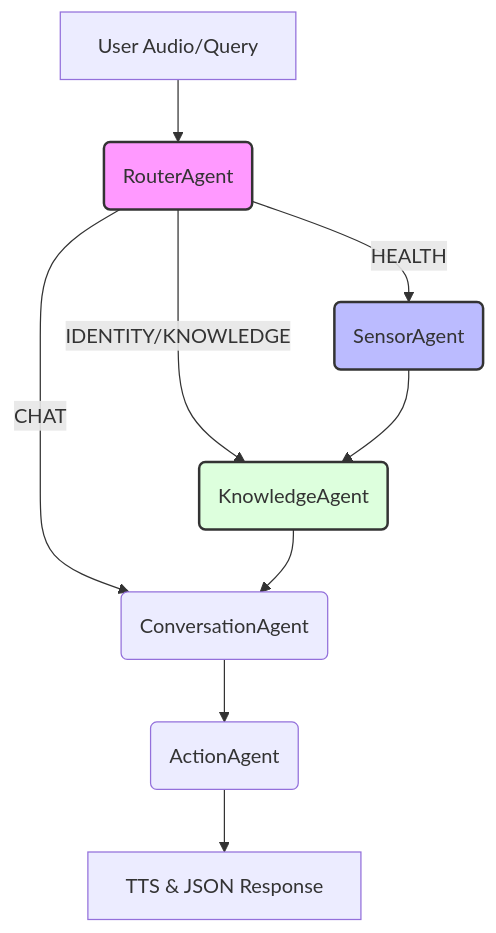
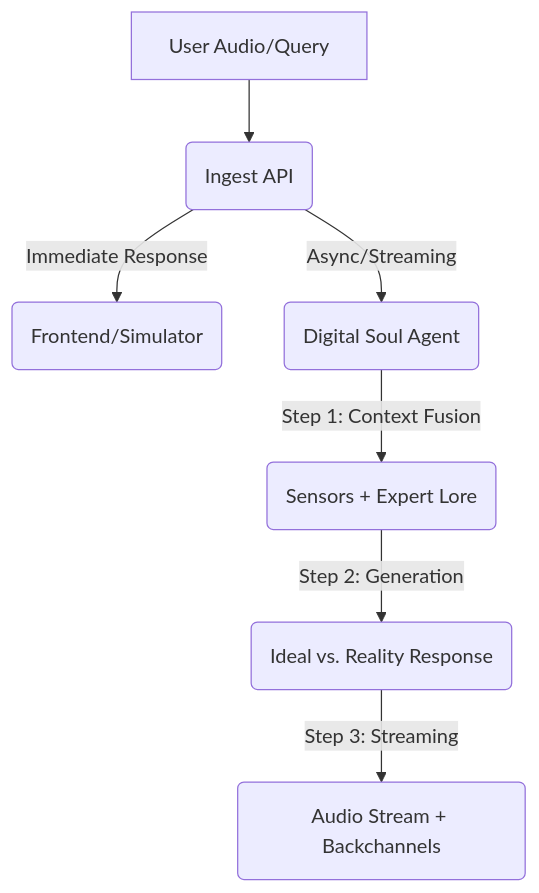
The diagram in README.md (ChewYiSiang/smart-plant-pot), drawn with Mermaid before and after one commit. The commit also changed other lines of this file and 2 other files, not shown here.

````diff
--- a/README.md
+++ b/README.md
@@ -10,16 +10,9 @@
 ```mermaid
 graph TD
-    A[User Audio/Query] --> B(RouterAgent)
-    B -->|HEALTH| C(SensorAgent)
-    B -->|IDENTITY/KNOWLEDGE| D(KnowledgeAgent)
-    B -->|CHAT| E(ConversationAgent)
-    
-    C --> D
-    D --> E
-    E --> F(ActionAgent)
-    F --> G[TTS & JSON Response]
-
-    style B fill:#f9f,stroke:#333,stroke-width:2px
-    style C fill:#bbf,stroke:#333,stroke-width:2px
-    style D fill:#dfd,stroke:#333,stroke-width:2px
+    A[User Audio/Query] --> B(Ingest API)
+    B -->|Immediate Response| C(Frontend/Simulator)
+    B -->|Async/Streaming| D(Digital Soul Agent)
+    D -->|Step 1: Context Fusion| E(Sensors + Expert Lore)
+    E -->|Step 2: Generation| F(Ideal vs. Reality Response)
+    F -->|Step 3: Streaming| G(Audio Stream + Backchannels)
 ```
````
